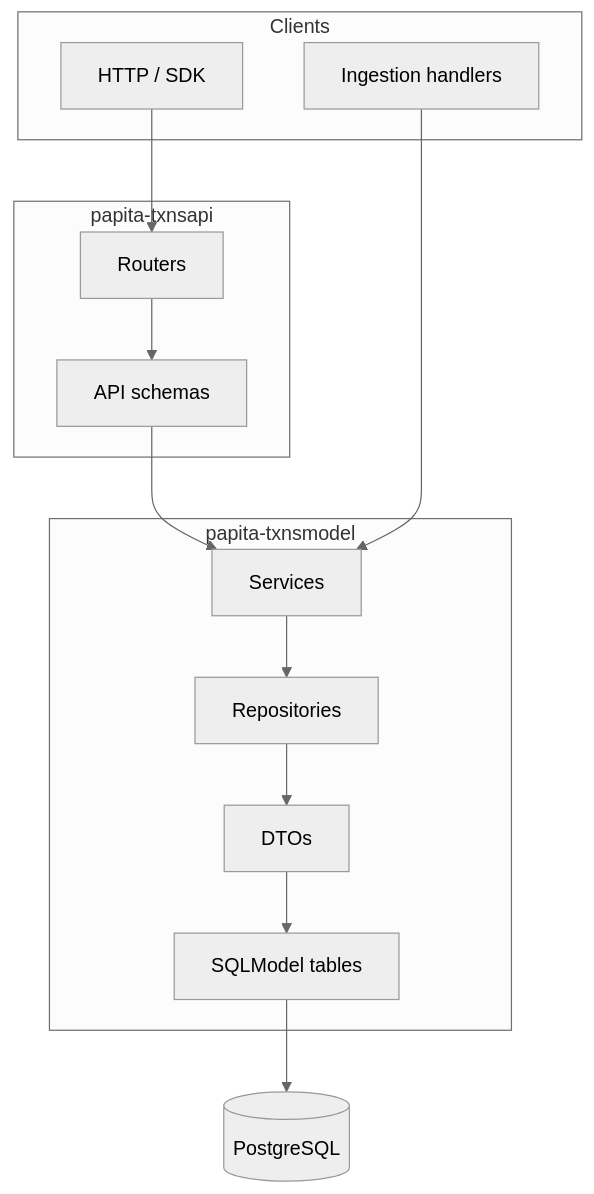
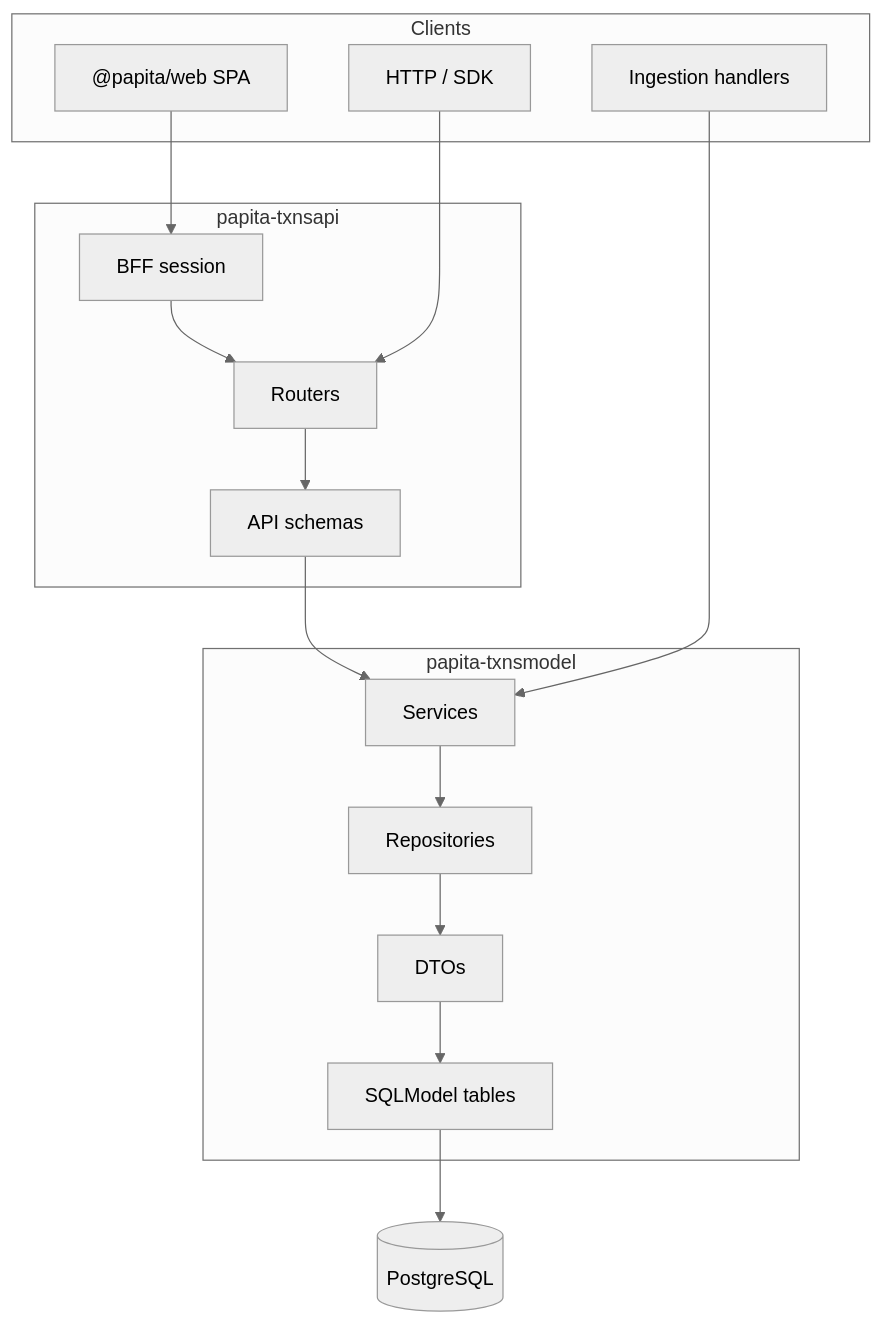
Before and after one commit to Elmorralito/save-ma-money: the diagram in README.md, drawn with Mermaid (neutral theme). The commit also changed other lines of this file and 7 other files, not shown here.

````diff
--- a/README.md
+++ b/README.md
@@ -44,25 +46,28 @@
 ```mermaid
 flowchart TB
   subgraph clients [Clients]
+    SPA["@papita/web SPA"]
     HTTP[HTTP / SDK]
     ETL[Ingestion handlers]
   end
 
   subgraph api [papita-txnsapi]
+    BFF[BFF session]
     R[Routers]
     S[API schemas]
   end
 
   subgraph model [papita-txnsmodel]
     SV[Services]
     RP[Repositories]
     DTO[DTOs]
     SM[SQLModel tables]
   end
 
   DB[(PostgreSQL)]
 
+  SPA --> BFF --> R
   HTTP --> R --> S --> SV
   ETL --> SV
   SV --> RP --> DTO --> SM --> DB
 ```
````
